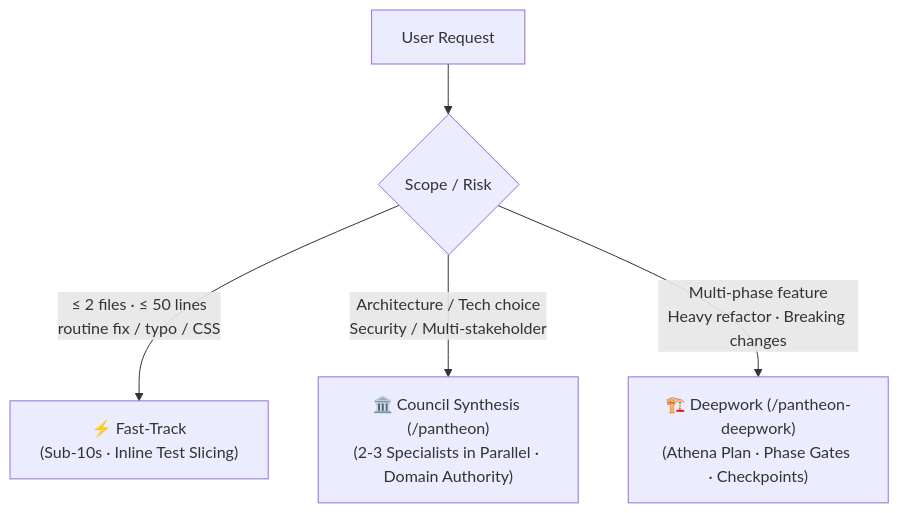
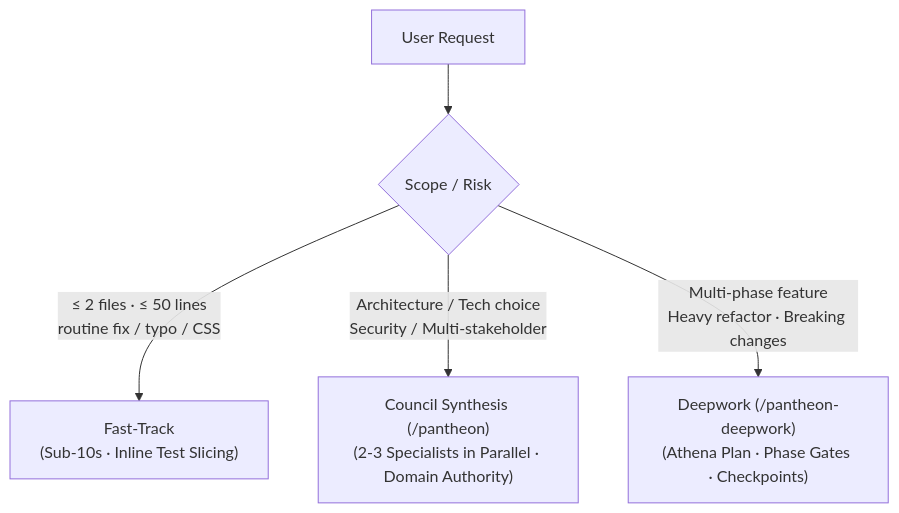
Before and after one commit to ils15/pantheon-opencode: the fourth of 4 diagrams in README.md, drawn with Mermaid. The commit also changed other lines of this file and 11 other files, not shown here.

````diff
--- a/README.md
+++ b/README.md
@@ -102,7 +102,7 @@
 ```mermaid
 flowchart TD
     Req["User Request"] --> Size{"Scope / Risk"}
-    Size -->|"≤ 2 files · ≤ 50 lines<br/>routine fix / typo / CSS"| Fast["⚡ Fast-Track<br/>(Sub-10s · Inline Test Slicing)"]
-    Size -->|"Architecture / Tech choice<br/>Security / Multi-stakeholder"| Council["🏛️ Council Synthesis (/pantheon)<br/>(2-3 Specialists in Parallel · Domain Authority)"]
-    Size -->|"Multi-phase feature<br/>Heavy refactor · Breaking changes"| Deep["🏗️ Deepwork (/pantheon-deepwork)<br/>(Athena Plan · Phase Gates · Checkpoints)"]
+    Size -->|"≤ 2 files · ≤ 50 lines<br/>routine fix / typo / CSS"| Fast["Fast-Track<br/>(Sub-10s · Inline Test Slicing)"]
+    Size -->|"Architecture / Tech choice<br/>Security / Multi-stakeholder"| Council["Council Synthesis (/pantheon)<br/>(2-3 Specialists in Parallel · Domain Authority)"]
+    Size -->|"Multi-phase feature<br/>Heavy refactor · Breaking changes"| Deep["Deepwork (/pantheon-deepwork)<br/>(Athena Plan · Phase Gates · Checkpoints)"]
 ```
````
